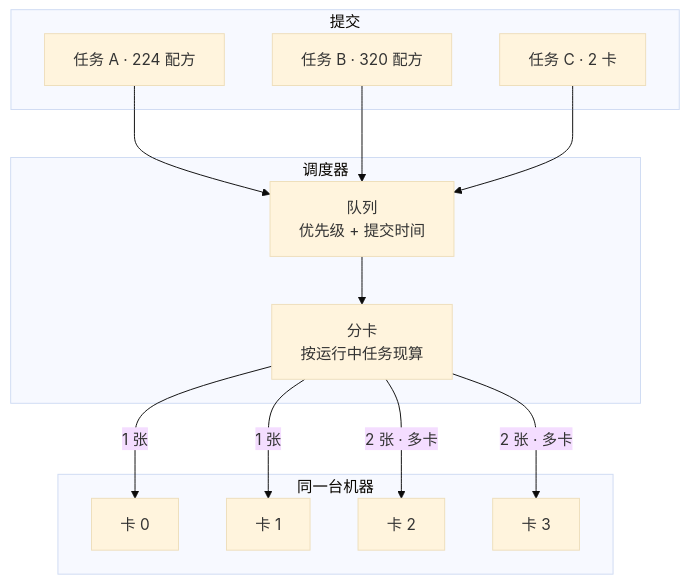
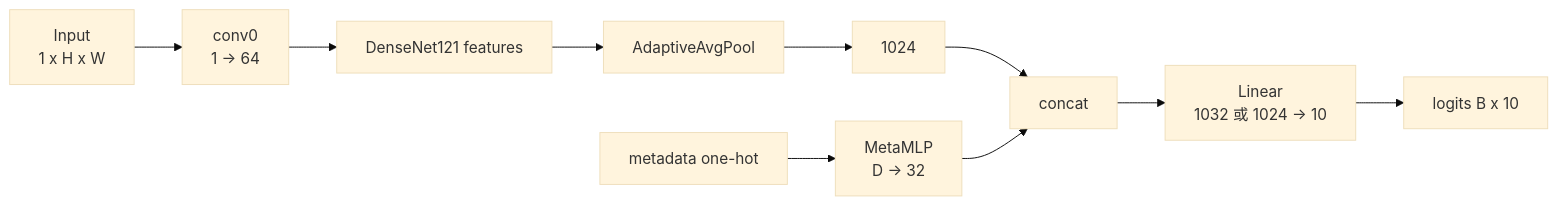
One commit to cixiy1/Yuki-blog changed the seventh of 9 diagrams in src/content/posts/chest-smart-diagnosis.md. Above: the diagram before and after it, drawn with Mermaid (base theme). The commit also changed other lines of this file, not shown here.

````diff
--- a/src/content/posts/chest-smart-diagnosis.md
+++ b/src/content/posts/chest-smart-diagnosis.md
@@ -286,26 +376,12 @@
 ```mermaid
-flowchart TB
-  subgraph SUBMIT["提交"]
-    J1["任务 A · 224 配方"]
-    J2["任务 B · 320 配方"]
-    J3["任务 C · 2 卡"]
-  end
-  subgraph SCH["调度器"]
-    Q["队列<br/>优先级 + 提交时间"]
-    SLOTS["分卡<br/>按运行中任务现算"]
-  end
-  subgraph HOST["同一台机器"]
-    G0["卡 0"]
-    G1["卡 1"]
-    G2["卡 2"]
-    G3["卡 3"]
-  end
-  J1 --> Q
-  J2 --> Q
-  J3 --> Q
-  Q --> SLOTS
-  SLOTS -->|"1 张"| G0
-  SLOTS -->|"1 张"| G1
-  SLOTS -->|"2 张 · 多卡"| G2
-  SLOTS -->|"2 张 · 多卡"| G3
+flowchart LR
+  X["Input<br/>1 x H x W"] --> Stem["conv0<br/>1 -> 64"]
+  Stem --> Dense["DenseNet121 features"]
+  Dense --> Pool["AdaptiveAvgPool"]
+  Pool --> Feat["1024"]
+  Meta["metadata one-hot"] --> MLP["MetaMLP<br/>D -> 32"]
+  Feat --> Concat["concat"]
+  MLP --> Concat
+  Concat --> Head["Linear<br/>1032 或 1024 -> 10"]
+  Head --> Logits["logits B x 10"]
 ```
````
